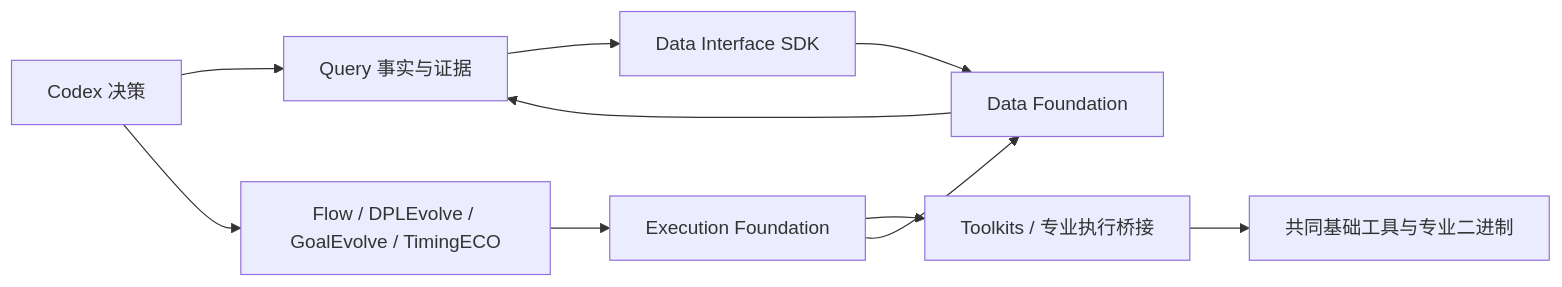
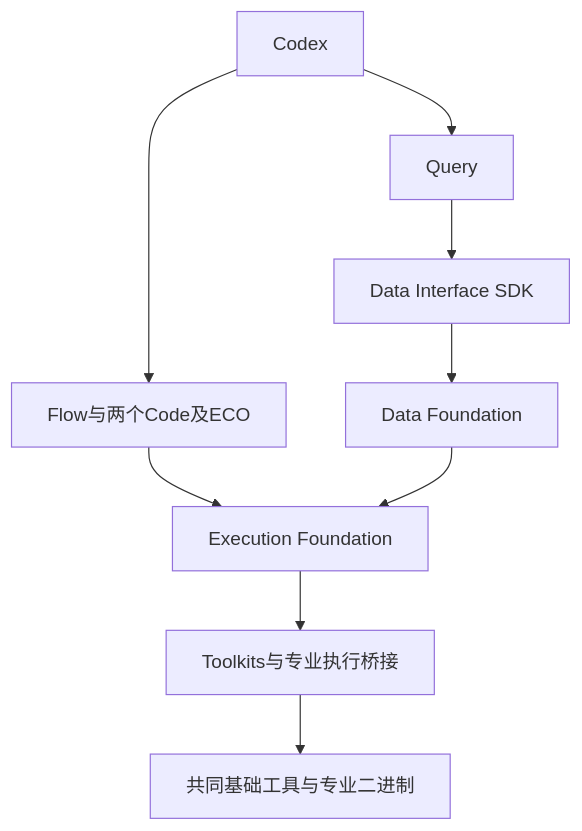
Before and after one commit to CODA-Team/ChipEvolve: the first of 3 diagrams in ARCHITECTURE.md, drawn with Mermaid. The commit also changed other lines of this file and 7 other files, not shown here.

````diff
--- a/ARCHITECTURE.md
+++ b/ARCHITECTURE.md
@@ -9,12 +25,11 @@
 ```mermaid
-flowchart LR
-    C[Codex 决策] --> Q[Query 事实与证据]
-    Q --> SDK[Data Interface SDK]
-    SDK --> DF[Data Foundation]
-    C --> A[Flow / DPLEvolve / GoalEvolve / TimingECO]
-    A --> EF[Execution Foundation]
-    EF --> TK[Toolkits / 专业执行桥接]
-    TK --> EDA[共同基础工具与专业二进制]
-    EF --> DF
-    DF --> Q
+flowchart TD
+  C[Codex] --> Q[Query]
+  Q --> DI[Data Interface SDK]
+  DI --> DF[Data Foundation]
+  C --> A[Flow与两个Code及ECO]
+  A --> EF[Execution Foundation]
+  EF --> T[Toolkits与专业执行桥接]
+  T --> O[共同基础工具与专业二进制]
+  DF --> EF
 ```
````
